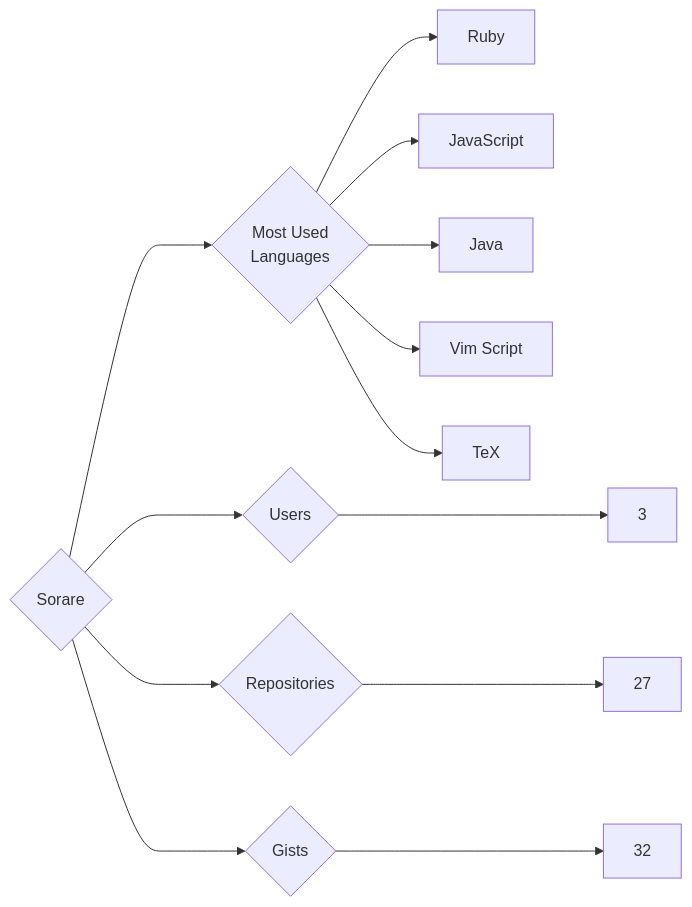
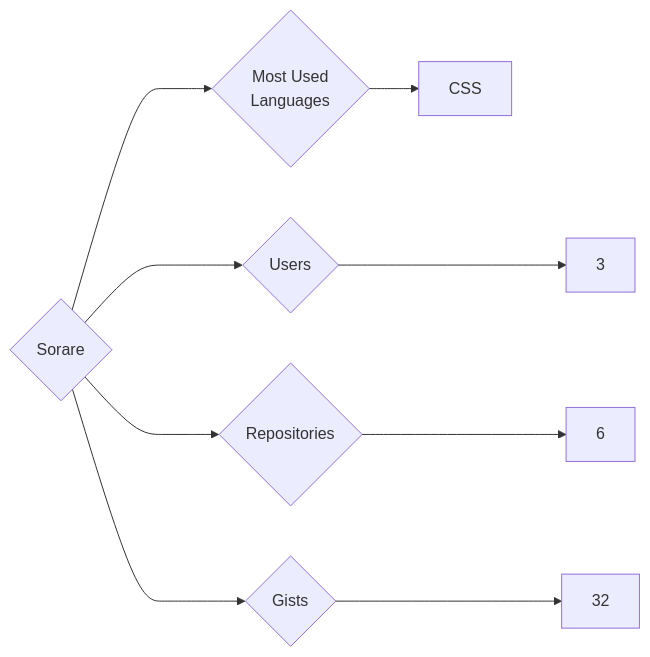
One commit to trickest/insiders changed the diagram in targets/Sorare/README.md. Above: the diagram before and after it, drawn with Mermaid. The commit also changed 597 other files, not shown here.

````diff
--- a/targets/Sorare/README.md
+++ b/targets/Sorare/README.md
@@ -3,13 +3,9 @@
 ```mermaid
 graph LR
 COMPANY_NAME{Sorare}
 COMPANY_NAME ---> U{Users} ---> UN[3]
-COMPANY_NAME ---> R{Repositories} ---> RN[27]
+COMPANY_NAME ---> R{Repositories} ---> RN[6]
 COMPANY_NAME ---> G{Gists} ---> GN[32]
 COMPANY_NAME ---> ML{Most Used<br>Languages}
-ML --> Ruby[Ruby]
-ML --> JavaScript[JavaScript]
-ML --> Java[Java]
-ML --> Vim_Script[Vim Script]
-ML --> TeX[TeX]
+ML --> CSS[CSS]
 ```
````
